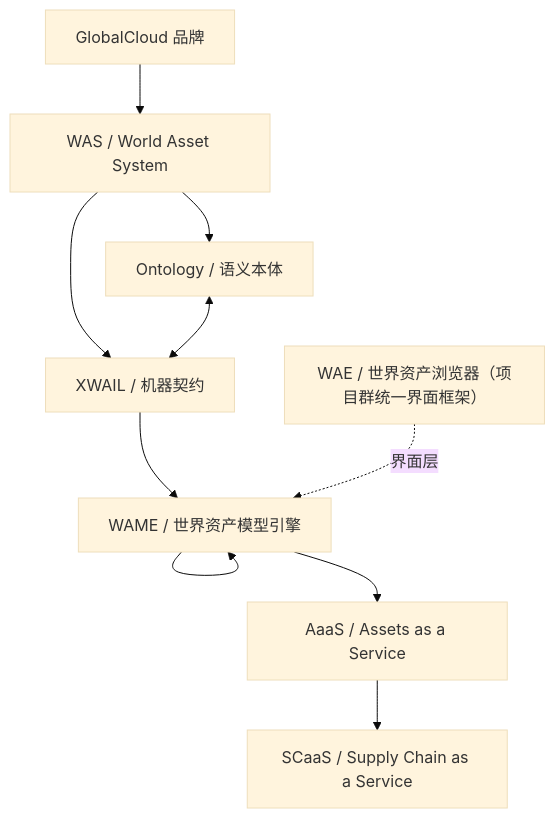
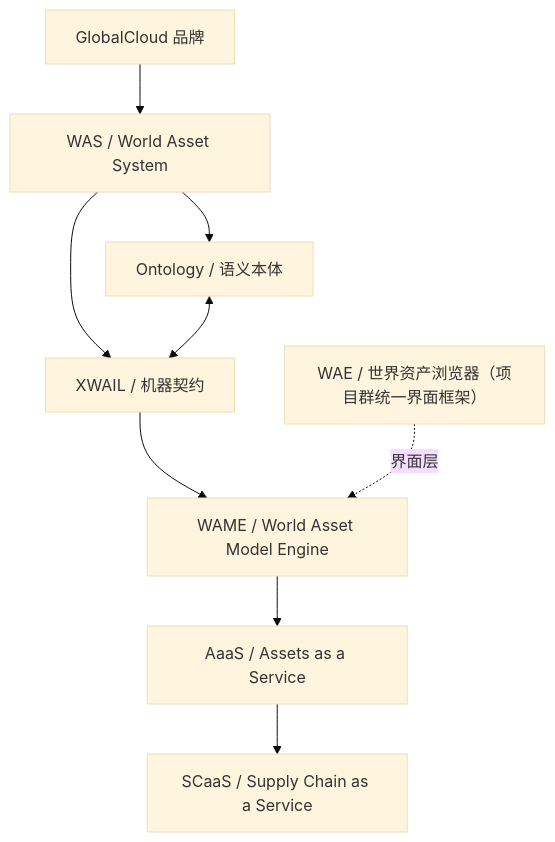
The diagram in 01-architecture/GlobalCloud世界资产体系正式命名与产品系统架构总纲.md (Jiumilu/GCGPCF), drawn with Mermaid (base theme) before and after one commit. The commit also changed 1 other file, not shown here.

Commit message:
docs(naming): 修复 WAES→WAME 合并残留（mermaid 自环、WAME/WAME 重复）

````diff
--- a/01-architecture/GlobalCloud世界资产体系正式命名与产品系统架构总纲.md
+++ b/01-architecture/GlobalCloud世界资产体系正式命名与产品系统架构总纲.md
@@ -60,12 +60,11 @@
 ```mermaid
 flowchart TD
   Brand["GlobalCloud 品牌"] --> WAS["WAS / World Asset System"]
   WAS --> Ontology["Ontology / 语义本体"]
   WAS --> XWAIL["XWAIL / 机器契约"]
   Ontology <--> XWAIL
   XWAIL --> WAME["WAME / World Asset Model Engine"]
-  WAME --> WAME["WAME / 世界资产模型引擎"]
   WAME --> AAAS["AaaS / Assets as a Service"]
   AAAS --> SCAAS["SCaaS / Supply Chain as a Service"]
   WAE["WAE / 世界资产浏览器（项目群统一界面框架）"] -. 界面层 .-> WAME
 ```
````
